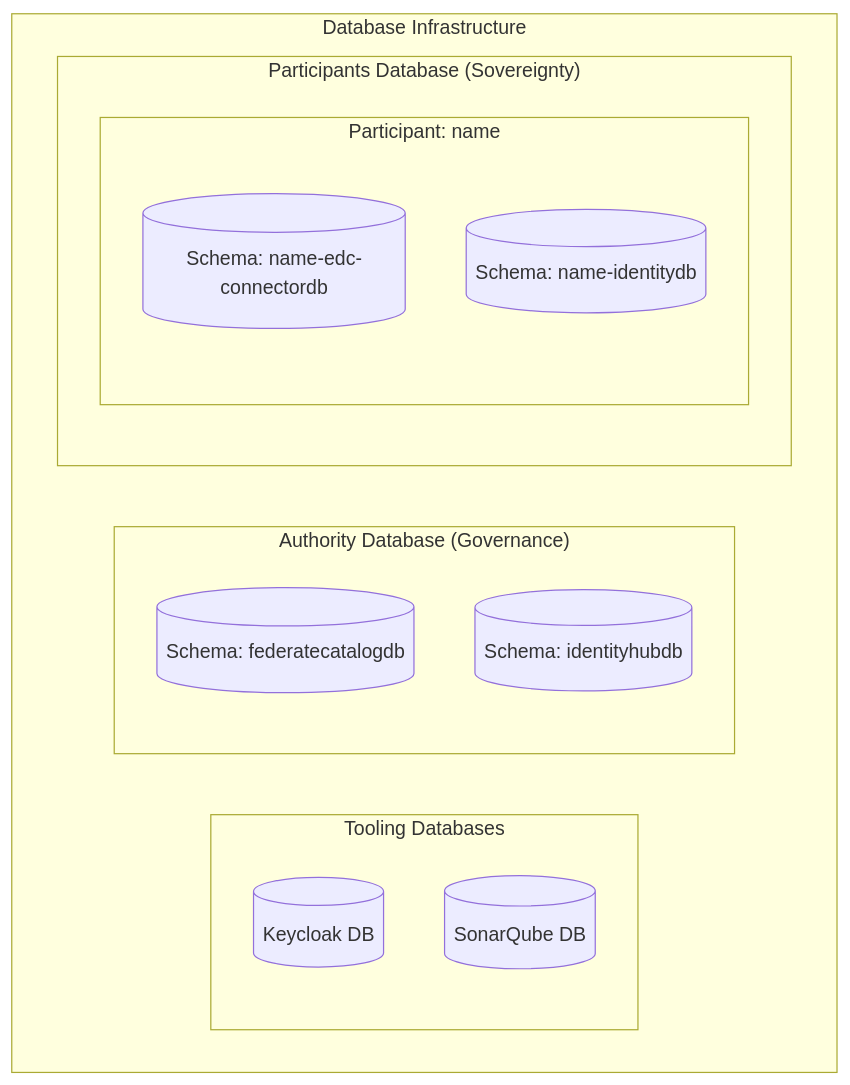
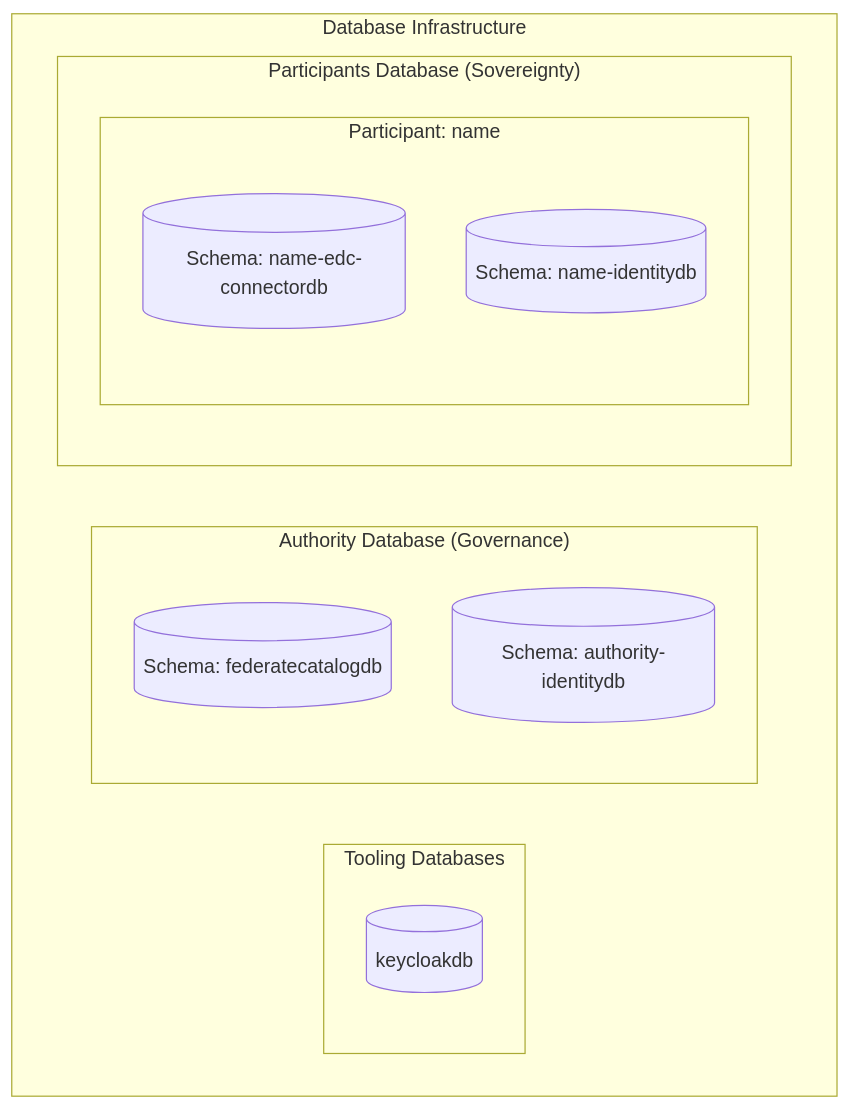
The diagram in Architecture/database.md (DEPLOYTOUR/Technical-documentation), drawn with Mermaid before and after one commit. The commit also changed other lines of this file, not shown here.

````diff
--- a/Architecture/database.md
+++ b/Architecture/database.md
@@ -6,21 +6,20 @@
 ```mermaid
 graph TD
     subgraph DataStore ["Database Infrastructure"]
         subgraph ToolDBs ["Tooling Databases"]
-            DB_KC[(Keycloak DB)]
-            DB_SQ[(SonarQube DB)]
+            DB_KC[(keycloakdb)]
         end
         
         subgraph AuthorityDB ["Authority Database (Governance)"]
             Schema_FC[(Schema: federatecatalogdb)]
-            Schema_AIH[(Schema: identityhubdb)]
+            Schema_AIH[(Schema: authority-identitydb)]
         end
         
         subgraph ParticipantsDB ["Participants Database (Sovereignty)"]
             subgraph Part1 ["Participant: name"]
                 Schema_P1_EDC[(Schema: name-edc-connectordb)]
                 Schema_P1_IH[(Schema: name-identitydb)]
             end
         end
     end
 ```
````
